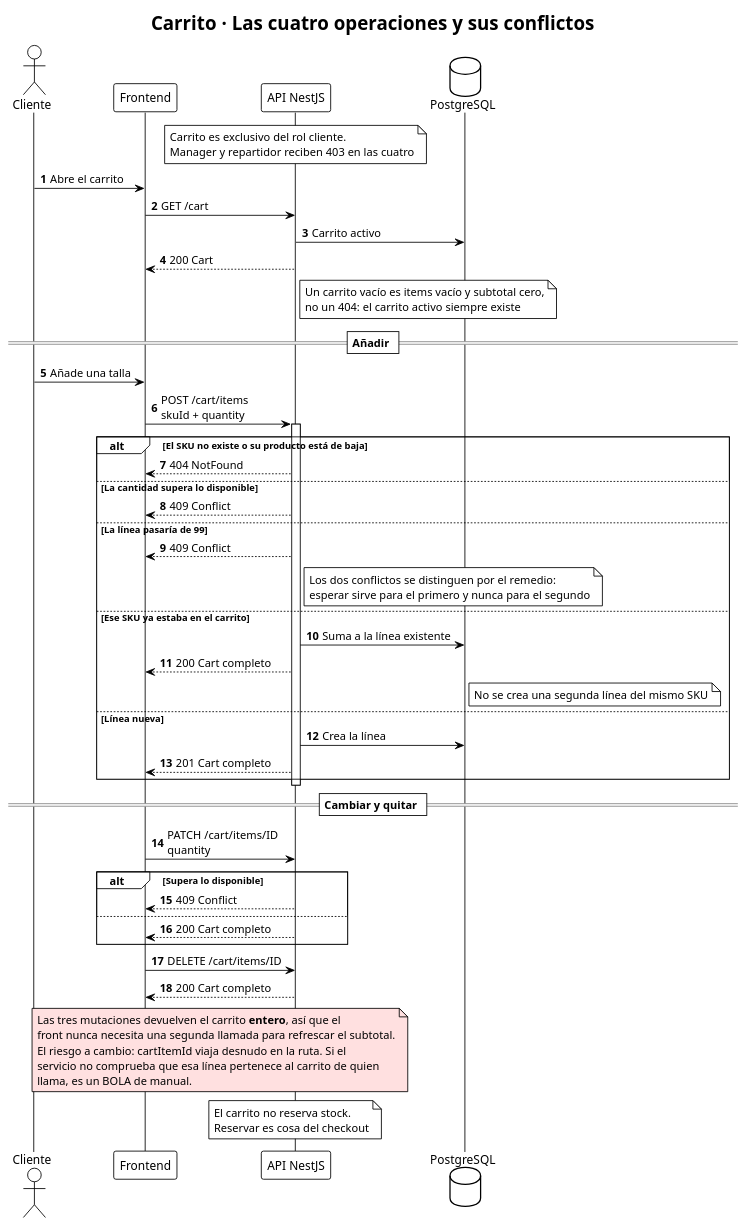
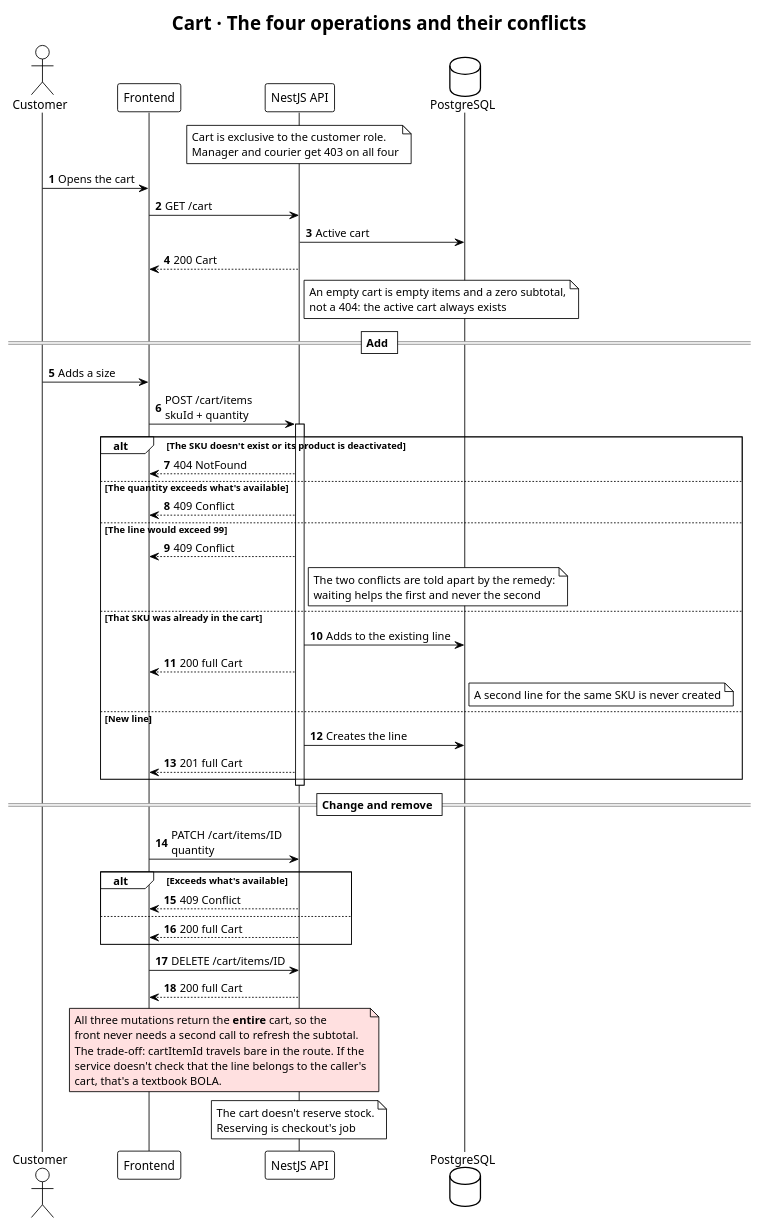
The diagram in docs/flows/07-cart.puml (fabianespinoza-ravn/tshirt-store-api), drawn with PlantUML before and after one commit. The commit also changed 10 other files, not shown here.

First line of the commit message:
docs(flows): translate PlantUML diagram content to English

```diff
--- a/docs/flows/07-cart.puml
+++ b/docs/flows/07-cart.puml
@@ -1,61 +1,61 @@
 @startuml
 !theme plain
-title Carrito · Las cuatro operaciones y sus conflictos
+title Cart · The four operations and their conflicts
 autonumber
 skinparam responseMessageBelowArrow true
 
-actor "Cliente" as U
+actor "Customer" as U
 participant "Frontend" as F
-participant "API NestJS" as A
+participant "NestJS API" as A
 database "PostgreSQL" as DB
 
-note over A : Carrito es exclusivo del rol cliente.\nManager y repartidor reciben 403 en las cuatro
+note over A : Cart is exclusive to the customer role.\nManager and courier get 403 on all four
 
-U -> F : Abre el carrito
+U -> F : Opens the cart
 F -> A : GET /cart
-A -> DB : Carrito activo
+A -> DB : Active cart
 A --> F : 200 Cart
-note right of A : Un carrito vacío es items vacío y subtotal cero,\nno un 404: el carrito activo siempre existe
+note right of A : An empty cart is empty items and a zero subtotal,\nnot a 404: the active cart always exists
 
-== Añadir ==
-U -> F : Añade una talla
+== Add ==
+U -> F : Adds a size
 F -> A : POST /cart/items\nskuId + quantity
 activate A
-alt El SKU no existe o su producto está de baja
+alt The SKU doesn't exist or its product is deactivated
   A --> F : 404 NotFound
-else La cantidad supera lo disponible
+else The quantity exceeds what's available
   A --> F : 409 Conflict
-else La línea pasaría de 99
+else The line would exceed 99
   A --> F : 409 Conflict
-  note right of A : Los dos conflictos se distinguen por el remedio:\nesperar sirve para el primero y nunca para el segundo
-else Ese SKU ya estaba en el carrito
-  A -> DB : Suma a la línea existente
-  A --> F : 200 Cart completo
-  note right of DB : No se crea una segunda línea del mismo SKU
-else Línea nueva
-  A -> DB : Crea la línea
-  A --> F : 201 Cart completo
+  note right of A : The two conflicts are told apart by the remedy:\nwaiting helps the first and never the second
+else That SKU was already in the cart
+  A -> DB : Adds to the existing line
+  A --> F : 200 full Cart
+  note right of DB : A second line for the same SKU is never created
+else New line
+  A -> DB : Creates the line
+  A --> F : 201 full Cart
 end
 deactivate A
 
-== Cambiar y quitar ==
+== Change and remove ==
 F -> A : PATCH /cart/items/ID\nquantity
-alt Supera lo disponible
+alt Exceeds what's available
   A --> F : 409 Conflict
 else
-  A --> F : 200 Cart completo
+  A --> F : 200 full Cart
 end
 F -> A : DELETE /cart/items/ID
-A --> F : 200 Cart completo
+A --> F : 200 full Cart
 
 note over F, A #ffe0e0
-  Las tres mutaciones devuelven el carrito **entero**, así que el
-  front nunca necesita una segunda llamada para refrescar el subtotal.
-  El riesgo a cambio: cartItemId viaja desnudo en la ruta. Si el
-  servicio no comprueba que esa línea pertenece al carrito de quien
-  llama, es un BOLA de manual.
+  All three mutations return the **entire** cart, so the
+  front never needs a second call to refresh the subtotal.
+  The trade-off: cartItemId travels bare in the route. If the
+  service doesn't check that the line belongs to the caller's
+  cart, that's a textbook BOLA.
 end note
 
-note over A : El carrito no reserva stock.\nReservar es cosa del checkout
+note over A : The cart doesn't reserve stock.\nReserving is checkout's job
 
 @enduml
```
